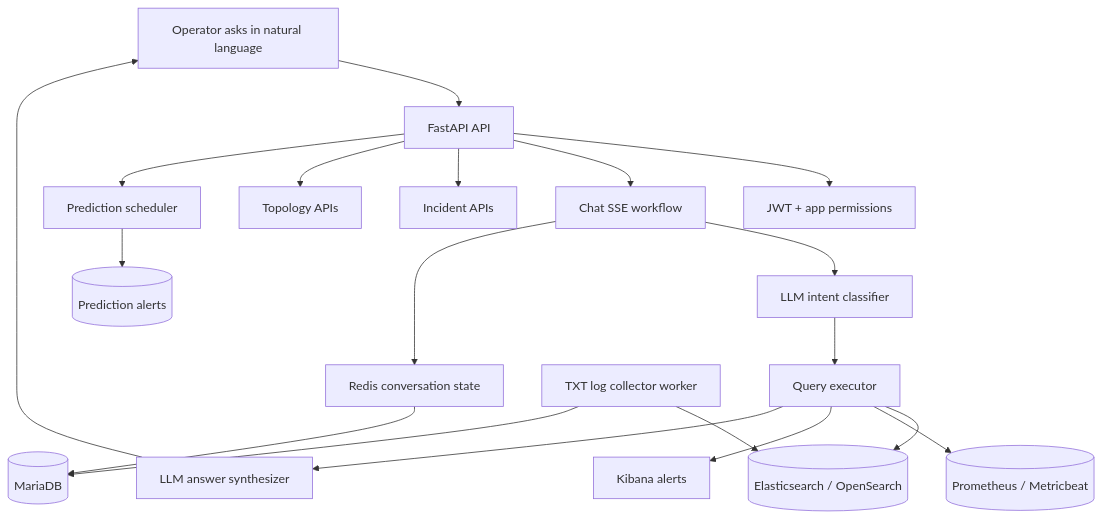
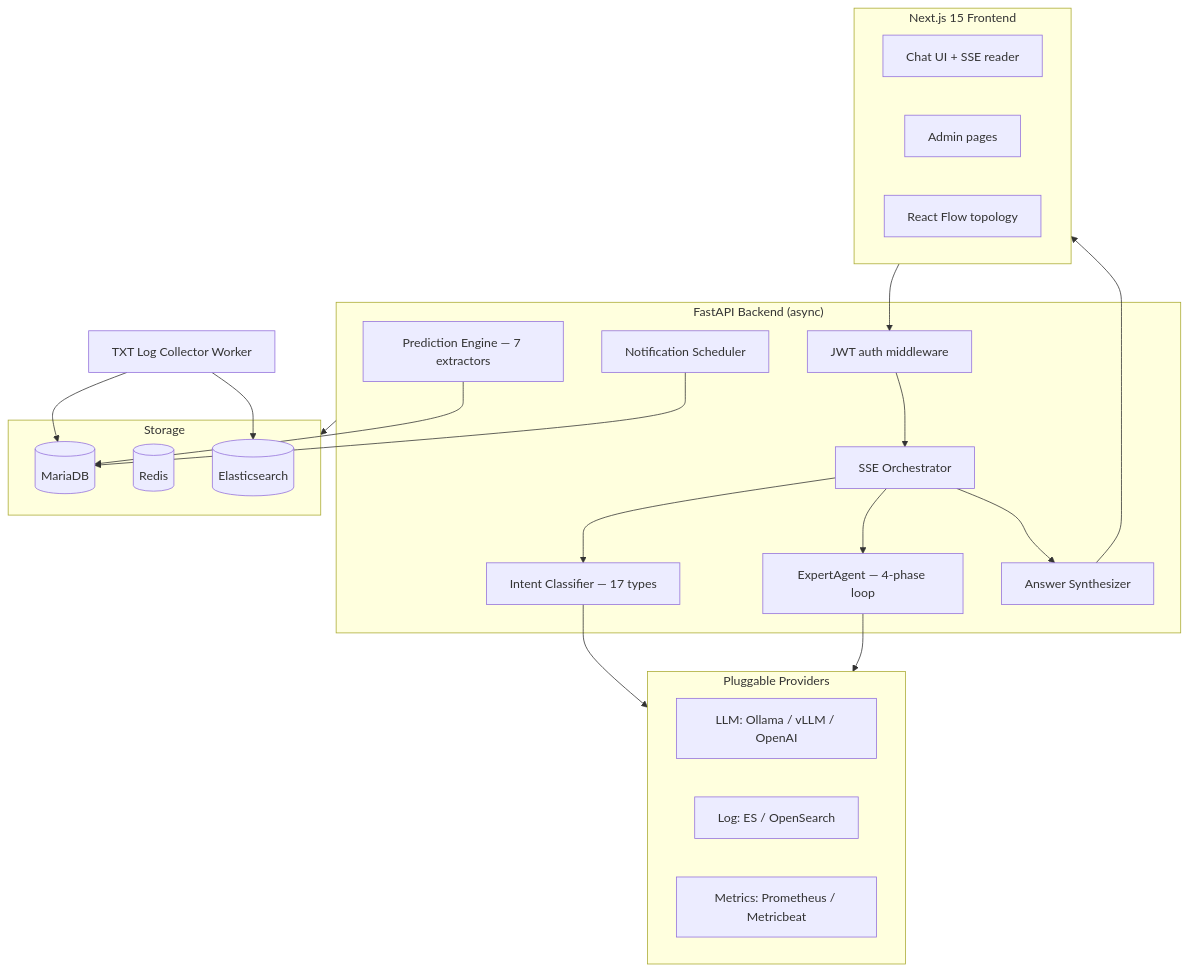
One commit to HaManhDong/aiops changed the first of 2 diagrams in README.md. Above: the diagram before and after it, drawn with Mermaid. The commit also changed other lines of this file and 1 other file, not shown here.

````diff
--- a/README.md
+++ b/README.md
@@ -27,21 +41,43 @@
 ```mermaid
 flowchart TB
-    User[Operator asks in natural language] --> API[FastAPI API]
-    API --> Auth[JWT + app permissions]
-    API --> Chat[Chat SSE workflow]
-    Chat --> Intent[LLM intent classifier]
-    Chat --> State[Redis conversation state]
-    State --> DB[(MariaDB)]
-    Intent --> Query[Query executor]
-    Query --> ES[(Elasticsearch / OpenSearch)]
-    Query --> Prom[(Prometheus / Metricbeat)]
-    Query --> Kibana[Kibana alerts]
-    Query --> Synth[LLM answer synthesizer]
-    Synth --> User
-    API --> Incidents[Incident APIs]
-    API --> Topology[Topology APIs]
-    API --> Prediction[Prediction scheduler]
-    Prediction --> Alerts[(Prediction alerts)]
-    Worker[TXT log collector worker] --> ES
+    subgraph Frontend ["Next.js 15 Frontend"]
+        UI[Chat UI + SSE reader]
+        Admin[Admin pages]
+        Topo[React Flow topology]
+    end
+
+    subgraph API ["FastAPI Backend (async)"]
+        Auth[JWT auth middleware]
+        Orch[SSE Orchestrator]
+        Intent[Intent Classifier — 17 types]
+        Expert[ExpertAgent — 4-phase loop]
+        Synth[Answer Synthesizer]
+        Pred[Prediction Engine — 7 extractors]
+        Notif[Notification Scheduler]
+    end
+
+    subgraph Providers ["Pluggable Providers"]
+        LLM[LLM: Ollama / vLLM / OpenAI]
+        LogP[Log: ES / OpenSearch]
+        MetP[Metrics: Prometheus / Metricbeat]
+    end
+
+    subgraph Storage ["Storage"]
+        DB[(MariaDB)]
+        Cache[(Redis)]
+        ES[(Elasticsearch)]
+    end
+
+    Worker[TXT Log Collector Worker]
+
+    Frontend --> Auth
+    Auth --> Orch
+    Orch --> Intent --> Providers
+    Orch --> Expert --> Providers
+    Orch --> Synth --> Frontend
+    Pred --> DB
+    Notif --> DB
+    Worker --> ES
     Worker --> DB
+    API --> Storage
 ```
````
